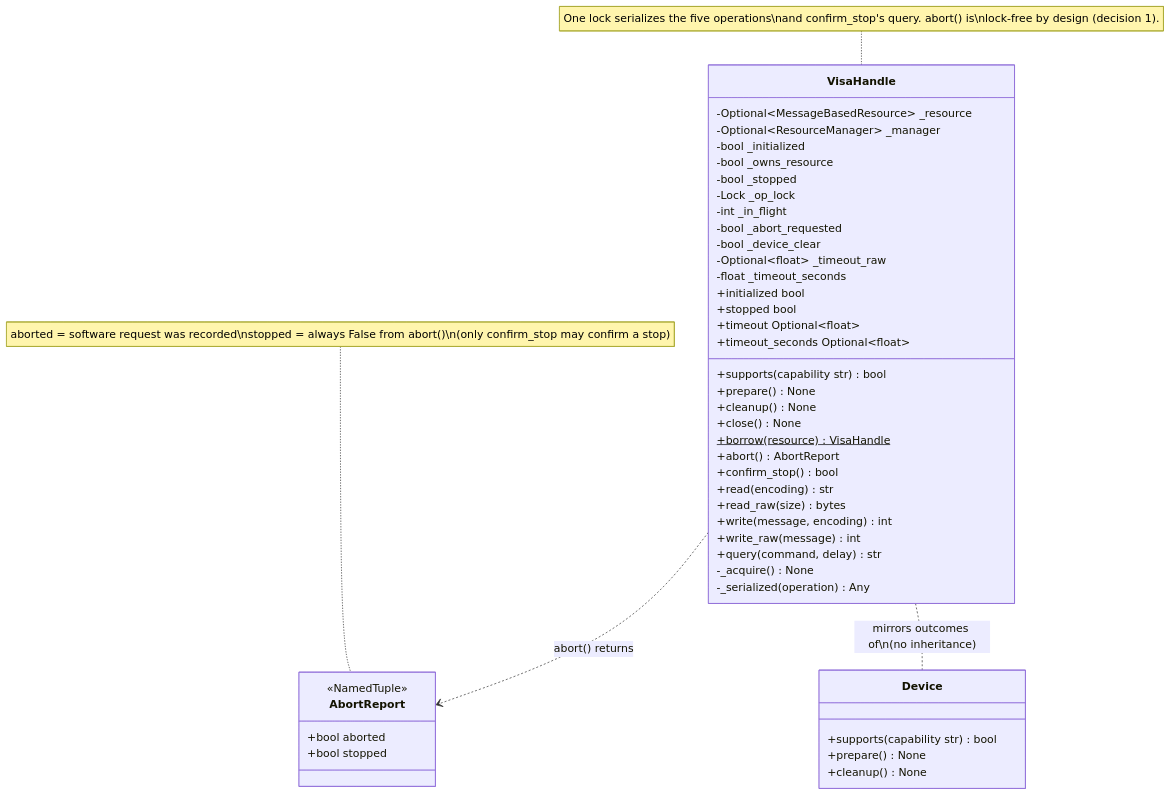
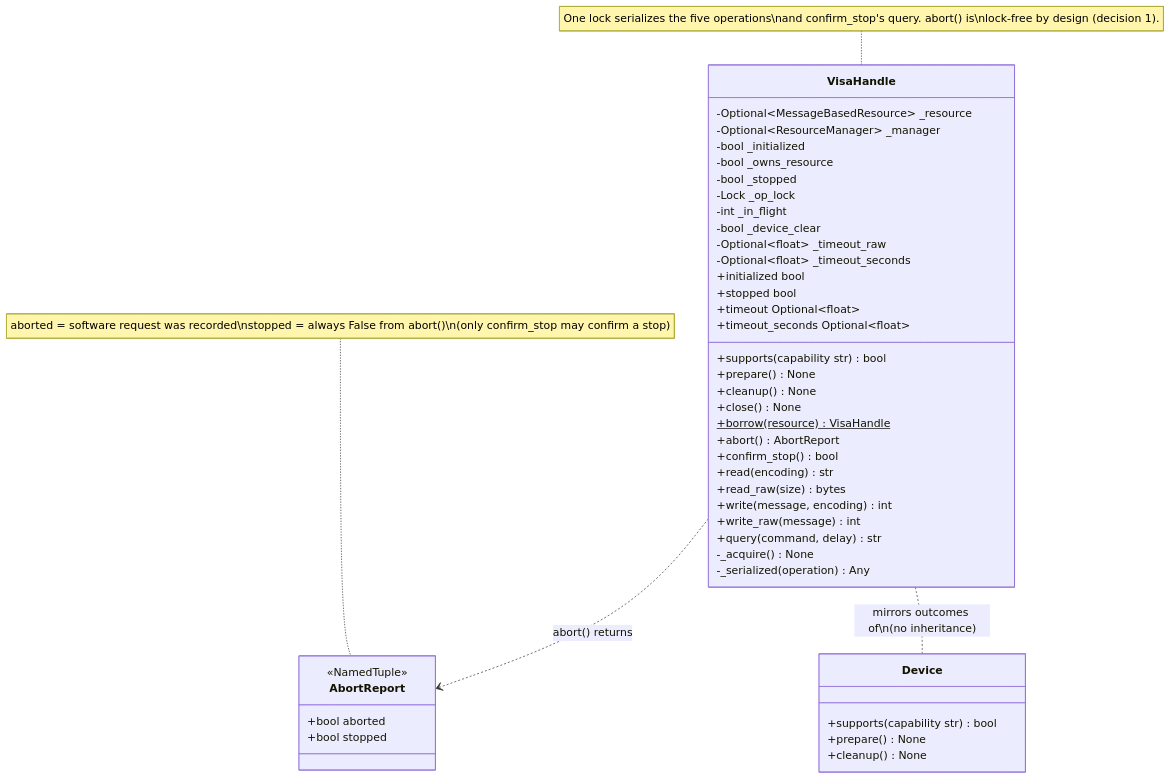
One commit to hoolheart/softlab changed the first of 5 diagrams in log/release_1/design/TU-006.md. Above: the diagram before and after it, drawn with Mermaid. The commit also changed other lines of this file, not shown here.

````diff
--- a/log/release_1/design/TU-006.md
+++ b/log/release_1/design/TU-006.md
@@ -342,48 +339,47 @@
 ```mermaid
 classDiagram
     class AbortReport {
         <<NamedTuple>>
         +bool aborted
         +bool stopped
     }
     class VisaHandle {
         -Optional~MessageBasedResource~ _resource
         -Optional~ResourceManager~ _manager
         -bool _initialized
         -bool _owns_resource
         -bool _stopped
         -Lock _op_lock
         -int _in_flight
-        -bool _abort_requested
         -bool _device_clear
         -Optional~float~ _timeout_raw
-        -float _timeout_seconds
+        -Optional~float~ _timeout_seconds
         +supports(capability str) bool
         +initialized bool
         +stopped bool
         +prepare() None
         +cleanup() None
         +close() None
         +borrow(resource) VisaHandle$
         +abort() AbortReport
         +confirm_stop() bool
         +timeout Optional~float~
         +timeout_seconds Optional~float~
         +read(encoding) str
         +read_raw(size) bytes
         +write(message, encoding) int
         +write_raw(message) int
         +query(command, delay) str
         -_acquire() None
         -_serialized(operation) Any
     }
     class Device {
         +supports(capability str) bool
         +prepare() None
         +cleanup() None
     }
     VisaHandle ..> AbortReport : abort() returns
     VisaHandle .. Device : mirrors outcomes of\n(no inheritance)
     note for VisaHandle "One lock serializes the five operations\nand confirm_stop's query. abort() is\nlock-free by design (decision 1)."
     note for AbortReport "aborted = software request was recorded\nstopped = always False from abort()\n(only confirm_stop may confirm a stop)"
 ```
````
